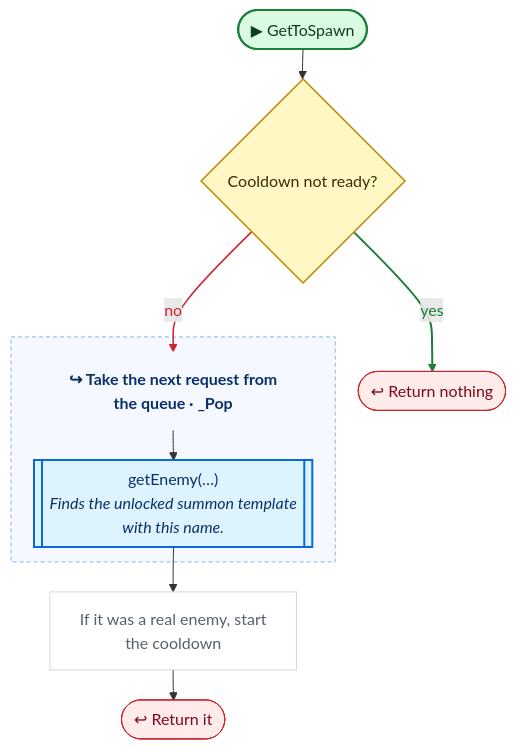
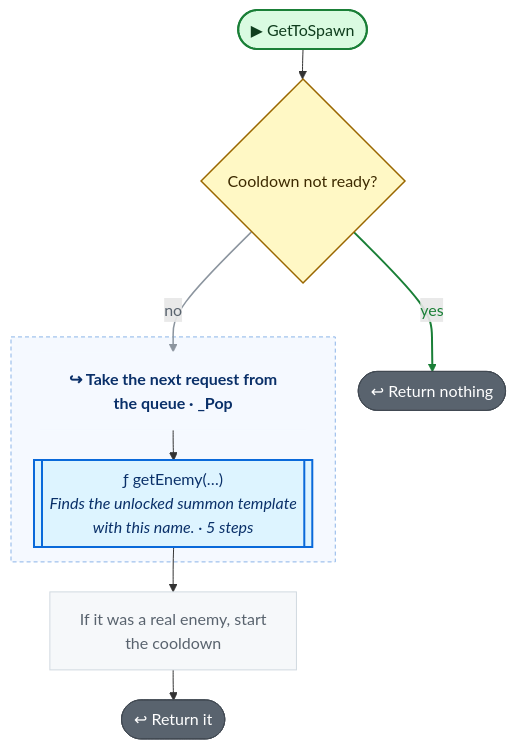
One commit to nataiai/Lord-of-the-Dungeon changed the third of 4 diagrams in CodeGraph~/graph/Connector/SummonDB.cs.md. Above: the diagram before and after it, drawn with Mermaid. The commit also changed other lines of this file and 57 other files, not shown here.

````diff
--- a/CodeGraph~/graph/Connector/SummonDB.cs.md
+++ b/CodeGraph~/graph/Connector/SummonDB.cs.md
@@ -75,50 +77,50 @@
 ```mermaid
 ---
 config:
   flowchart:
     wrappingWidth: 260
     nodeSpacing: 26
     rankSpacing: 30
 ---
 flowchart TD
   nS(["▶ GetToSpawn"])
   n6f665b{"Cooldown not ready?"}
   n9803bb_h["↪ Take the next request from<br>the queue · _Pop"]
-  n9803bb_n912e82[["getEnemy(…)<br><i>Finds the unlocked summon template</i><br><i>with this name.</i>"]]
+  n9803bb_n912e82[["ƒ getEnemy(…)<br><i>Finds the unlocked summon template</i><br><i>with this name. · 5 steps</i>"]]
   n295bb4["If it was a real enemy, start<br>the cooldown"]
   neebe27(["↩ Return nothing"])
   n06abba(["↩ Return it"])
   subgraph n9803bb_g[" "]
     n9803bb_h
     n9803bb_n912e82
   end
   style n9803bb_g fill:#f5f9ff,stroke:#8cb4e8,stroke-dasharray:4 3,color:#0a3069
   nS --> n6f665b
   n6f665b -->|no| n9803bb_h
   n6f665b -->|yes| neebe27
   n295bb4 --> n06abba
   n9803bb_h --> n9803bb_n912e82
   n9803bb_n912e82 --> n295bb4
-  linkStyle 1 stroke:#cf222e,stroke-width:1.5px,color:#cf222e
+  linkStyle 1 stroke:#8c959f,stroke-width:1.5px,color:#59636e
   linkStyle 2 stroke:#1a7f37,stroke-width:2px,color:#1a7f37
   classDef unity fill:#dafbe1,stroke:#1a7f37,stroke-width:2px,color:#0f3d1d
   classDef start fill:#dafbe1,stroke:#1a7f37,stroke-width:2px,color:#0f3d1d
-  classDef calc fill:#ffffff,stroke:#d0d7de,color:#57606a
+  classDef calc fill:#f6f8fa,stroke:#d1d9e0,color:#59636e
   classDef calls fill:#ddf4ff,stroke:#0969da,stroke-width:2px,color:#0a3069
-  classDef ext fill:#ddf4ff,stroke:#0969da,stroke-width:2px,stroke-dasharray:5 3,color:#0a3069
-  classDef cond fill:#fff8c5,stroke:#bf8700,stroke-width:1.5px,color:#3d2a00
-  classDef loop fill:#f6f8fa,stroke:#57606a,color:#1f2328
-  classDef exit fill:#ffebe9,stroke:#cf222e,color:#82071e
+  classDef ext fill:#f6f8fa,stroke:#59636e,stroke-width:1.5px,stroke-dasharray:5 5,color:#1f2328
+  classDef cond fill:#fff8c5,stroke:#9a6700,stroke-width:1.5px,color:#3d2a00
+  classDef loop fill:#fff8c5,stroke:#9a6700,color:#3d2a00
+  classDef wait fill:#fff8c5,stroke:#9a6700,color:#3d2a00
+  classDef exit fill:#59636e,stroke:#424a53,color:#ffffff
+  classDef fin fill:#59636e,stroke:#424a53,color:#ffffff
+  classDef act fill:#ffffff,stroke:#59636e,stroke-width:1.5px,color:#1f2328
   classDef kill fill:#ffebe9,stroke:#cf222e,stroke-width:2px,color:#82071e
-  classDef spawn fill:#dafbe1,stroke:#1a7f37,stroke-width:2px,color:#0f3d1d
-  classDef wait fill:#fff1e5,stroke:#bc4c00,color:#4d1d00
-  classDef fin fill:#eaeef2,stroke:#8c959f,color:#57606a
   classDef join fill:#d0d7de,stroke:#8c959f,color:#57606a
   classDef ghdr fill:#f5f9ff,stroke:#f5f9ff,color:#0a3069,font-weight:bold
   class n295bb4 calc
   class n9803bb_n912e82 calls
   class n6f665b cond
   class neebe27,n06abba exit
   class n9803bb_h ghdr
   class nS start
 ```
````
